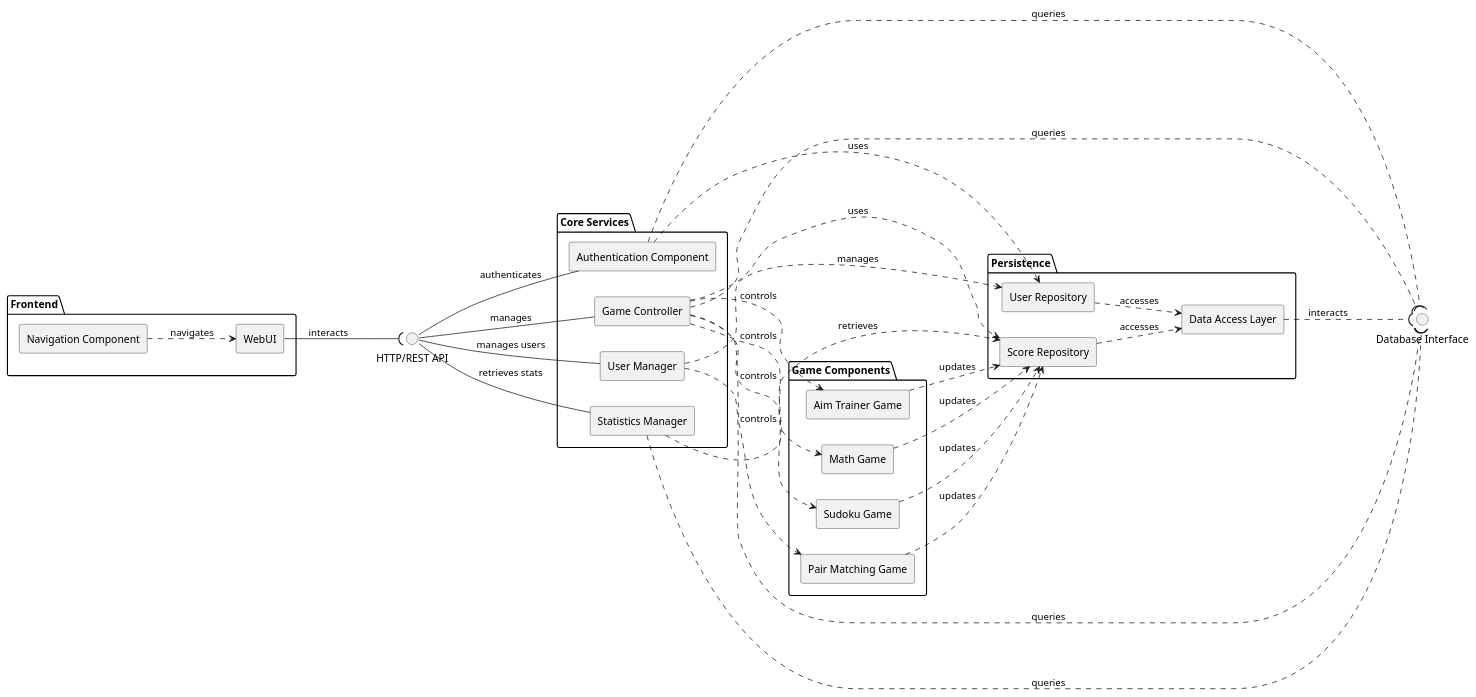
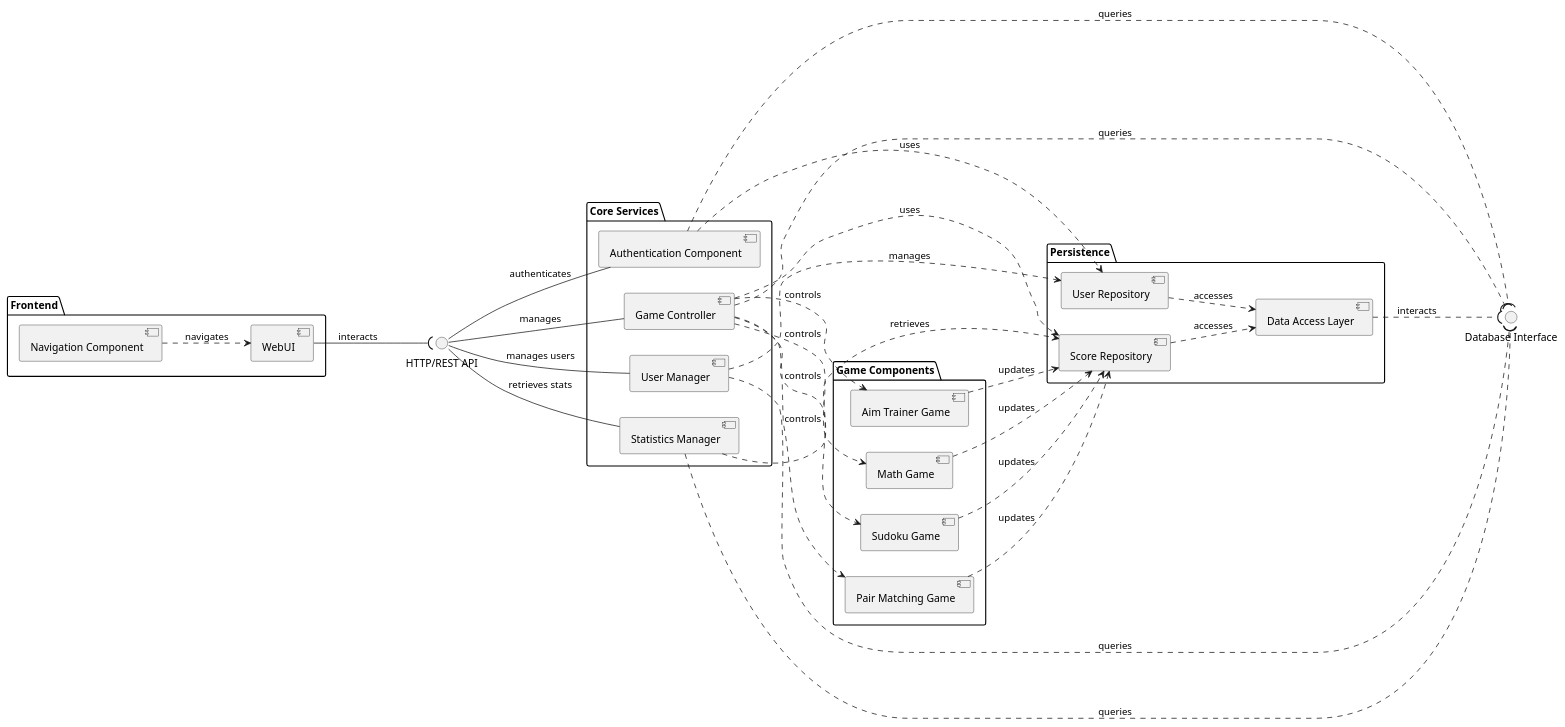
Before and after one commit to Cryptic5/itsSoOverlief: the diagram in Diagrams/components/component_diagram.puml, drawn with PlantUML. The commit also changed 1 other file, not shown here.

Commit message:
removed rectangle component style from main component diagrams

```diff
--- a/Diagrams/components/component_diagram.puml
+++ b/Diagrams/components/component_diagram.puml
@@ -1,66 +1,66 @@
 @startuml Component Diagram
 left to right direction
-skinparam componentStyle rectangle
+
 
 ' Main components
 package "Frontend" {
   [WebUI] as UI
   [Navigation Component] as Nav
 }
 
 package "Core Services" {
   [Authentication Component] as Auth
   [Game Controller] as GameCtrl
   [Statistics Manager] as StatsMgr
   [User Manager] as UserMgr
 }
 
 package "Game Components" {
   [Math Game] as MathGame
   [Sudoku Game] as Sudoku
   [Pair Matching Game] as PairMatch
   [Aim Trainer Game] as AimTrainer
 }
 
 package "Persistence" {
   [Data Access Layer] as DAL
   [Score Repository] as ScoreRepo
   [User Repository] as UserRepo
 }
 
 ' External interfaces
 interface "HTTP/REST API" as API
 interface "Database Interface" as DBIF
 
 ' Relationships
 UI --( API : interacts
 Nav ..> UI : navigates
 API -- Auth : authenticates
 API -- GameCtrl : manages
 API -- StatsMgr : retrieves stats
 API -- UserMgr : manages users
 
 Auth ..> UserRepo : uses
 Auth ..( DBIF : queries
 GameCtrl ..> MathGame : controls
 GameCtrl ..> Sudoku : controls
 GameCtrl ..> PairMatch : controls
 GameCtrl ..> AimTrainer : controls
 GameCtrl ..> ScoreRepo : uses
 GameCtrl ..( DBIF : queries
 StatsMgr ..> ScoreRepo : retrieves
 StatsMgr ..( DBIF : queries
 UserMgr ..> UserRepo : manages
 UserMgr ..( DBIF : queries
 
 DAL ..( DBIF : interacts
 ScoreRepo ..> DAL : accesses
 UserRepo ..> DAL : accesses
 
 ' Additional relationships
 MathGame ..> ScoreRepo : updates
 Sudoku ..> ScoreRepo : updates
 PairMatch ..> ScoreRepo : updates
 AimTrainer ..> ScoreRepo : updates
 
 @enduml
```
